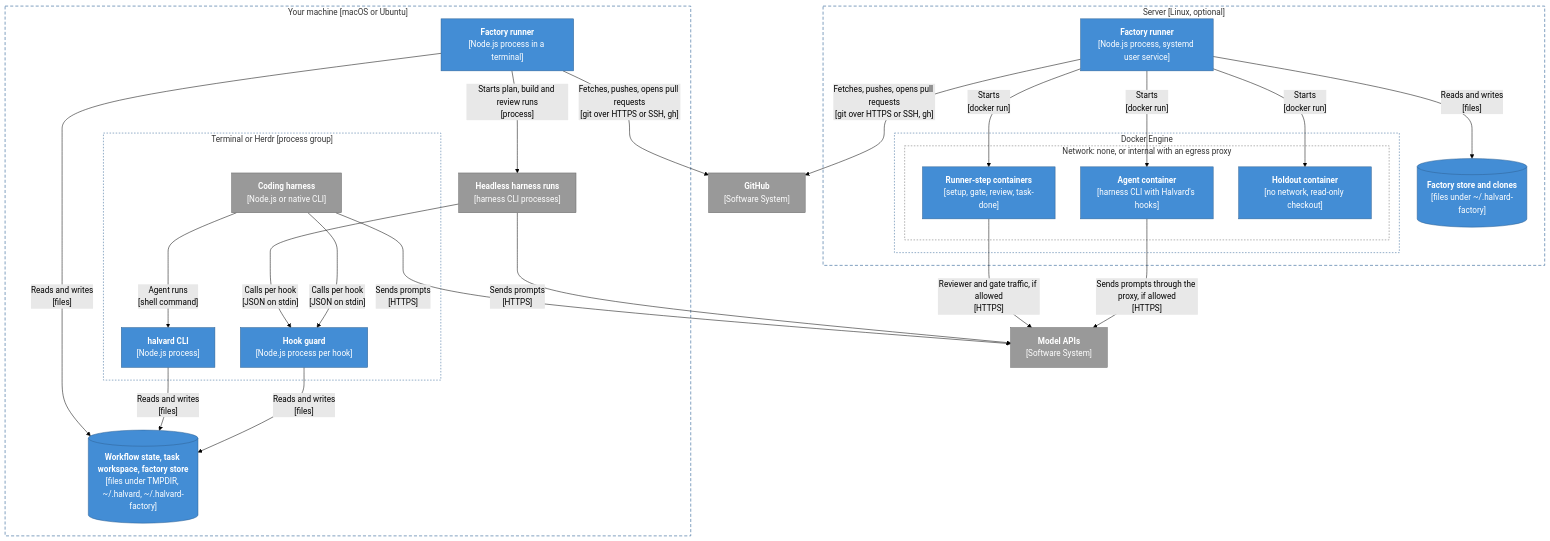
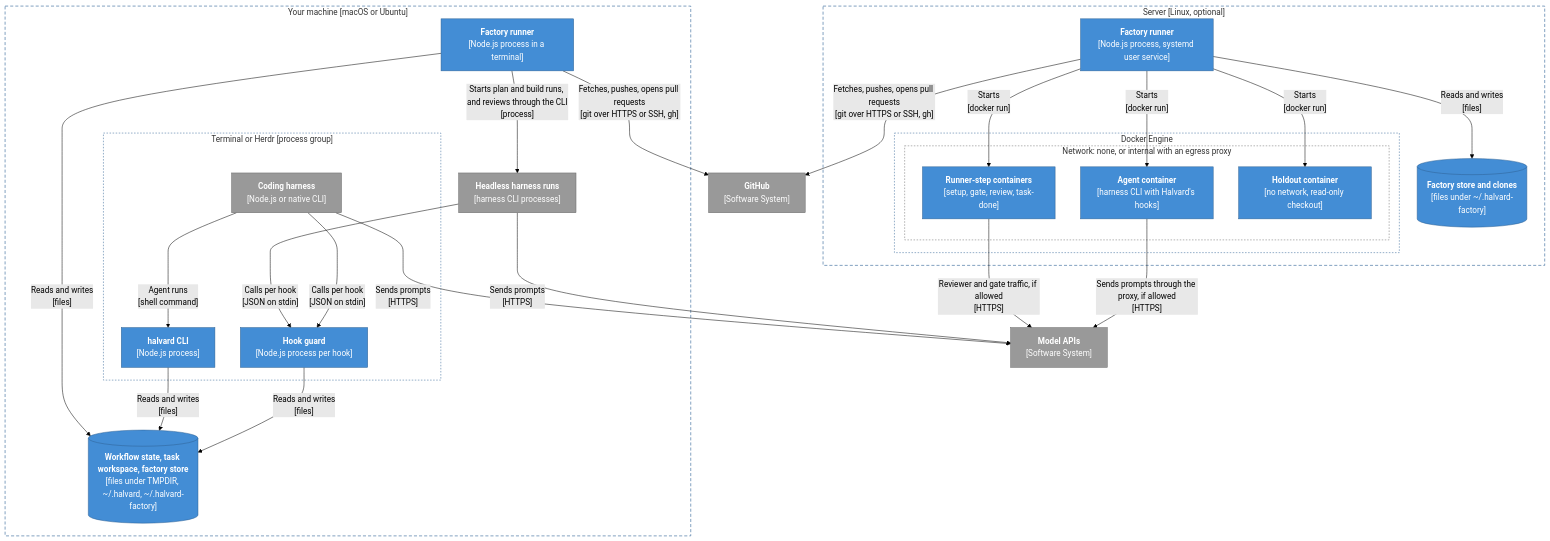
One commit to ghulando/halvard changed the seventh of 7 diagrams in docs/architecture.md. Above: the diagram before and after it, drawn with Mermaid (forest theme). The commit also changed other lines of this file, not shown here.

Commit message:
Name each container's mounts precisely in the architecture document
Setup containers get no Halvard variables, holdout containers get their
read-only mounts and scratch folder, and only build agents get the task
workspace.

Claude-Session: https://claude.ai/code/session_01V1v4E4jezNx9bqeoXCigaD

````diff
--- a/docs/architecture.md
+++ b/docs/architecture.md
@@ -314,56 +314,56 @@
 ```mermaid
 flowchart TB
     subgraph laptop["Your machine [macOS or Ubuntu]"]
         subgraph term["Terminal or Herdr [process group]"]
             h1["<b>Coding harness</b><br/>[Node.js or native CLI]"]
             g1["<b>Hook guard</b><br/>[Node.js process per hook]"]
             c1["<b>halvard CLI</b><br/>[Node.js process]"]
         end
         f1["<b>Factory runner</b><br/>[Node.js process in a terminal]"]
         hh["<b>Headless harness runs</b><br/>[harness CLI processes]"]
         d1[("<b>Workflow state, task workspace, factory store</b><br/>[files under TMPDIR, ~/.halvard, ~/.halvard-factory]")]
     end
 
     subgraph vps["Server [Linux, optional]"]
         f2["<b>Factory runner</b><br/>[Node.js process, systemd user service]"]
         d2[("<b>Factory store and clones</b><br/>[files under ~/.halvard-factory]")]
         subgraph engine["Docker Engine"]
             subgraph net["Network: none, or internal with an egress proxy"]
                 a2["<b>Agent container</b><br/>[harness CLI with Halvard's hooks]"]
                 r2["<b>Runner-step containers</b><br/>[setup, gate, review, task-done]"]
                 o2["<b>Holdout container</b><br/>[no network, read-only checkout]"]
             end
         end
     end
 
     gh["<b>GitHub</b><br/>[Software System]"]
     api["<b>Model APIs</b><br/>[Software System]"]
 
     h1 -- "Calls per hook<br/>[JSON on stdin]" --> g1
     h1 -- "Agent runs<br/>[shell command]" --> c1
     g1 -- "Reads and writes<br/>[files]" --> d1
     c1 -- "Reads and writes<br/>[files]" --> d1
     f1 -- "Reads and writes<br/>[files]" --> d1
-    f1 -- "Starts plan, build and review runs<br/>[process]" --> hh
+    f1 -- "Starts plan and build runs, and reviews through the CLI<br/>[process]" --> hh
     hh -- "Calls per hook<br/>[JSON on stdin]" --> g1
     f1 -- "Fetches, pushes, opens pull requests<br/>[git over HTTPS or SSH, gh]" --> gh
     f2 -- "Fetches, pushes, opens pull requests<br/>[git over HTTPS or SSH, gh]" --> gh
     f2 -- "Starts<br/>[docker run]" --> a2
     f2 -- "Starts<br/>[docker run]" --> r2
     f2 -- "Starts<br/>[docker run]" --> o2
     f2 -- "Reads and writes<br/>[files]" --> d2
     h1 -- "Sends prompts<br/>[HTTPS]" --> api
     hh -- "Sends prompts<br/>[HTTPS]" --> api
     a2 -- "Sends prompts through the proxy, if allowed<br/>[HTTPS]" --> api
     r2 -- "Reviewer and gate traffic, if allowed<br/>[HTTPS]" --> api
 
     classDef container fill:#438dd5,stroke:#2e6295,color:#ffffff
     classDef external fill:#999999,stroke:#6b6b6b,color:#ffffff
     class g1,c1,f1,f2,d1,d2,a2,r2,o2 container
     class h1,hh,gh,api external
     style laptop fill:none,stroke:#0b4884,stroke-dasharray:6 4
     style vps fill:none,stroke:#0b4884,stroke-dasharray:6 4
     style term fill:none,stroke:#2e6295,stroke-dasharray:3 3
     style engine fill:none,stroke:#2e6295,stroke-dasharray:3 3
     style net fill:none,stroke:#6b6b6b,stroke-dasharray:3 3
 ```
````
